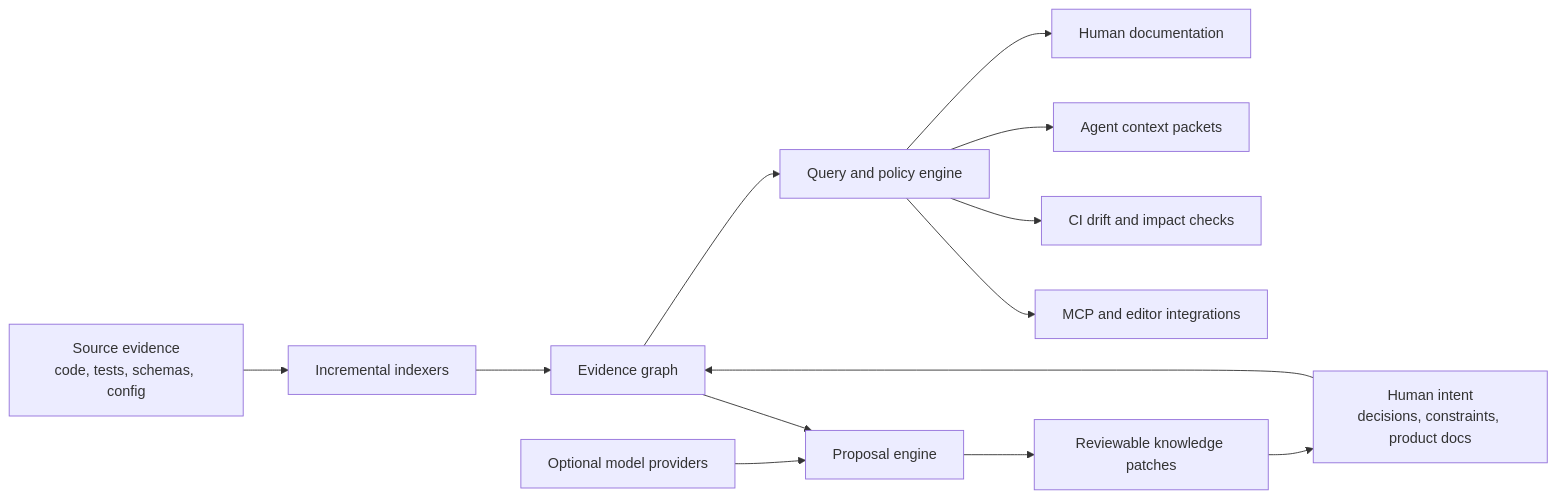
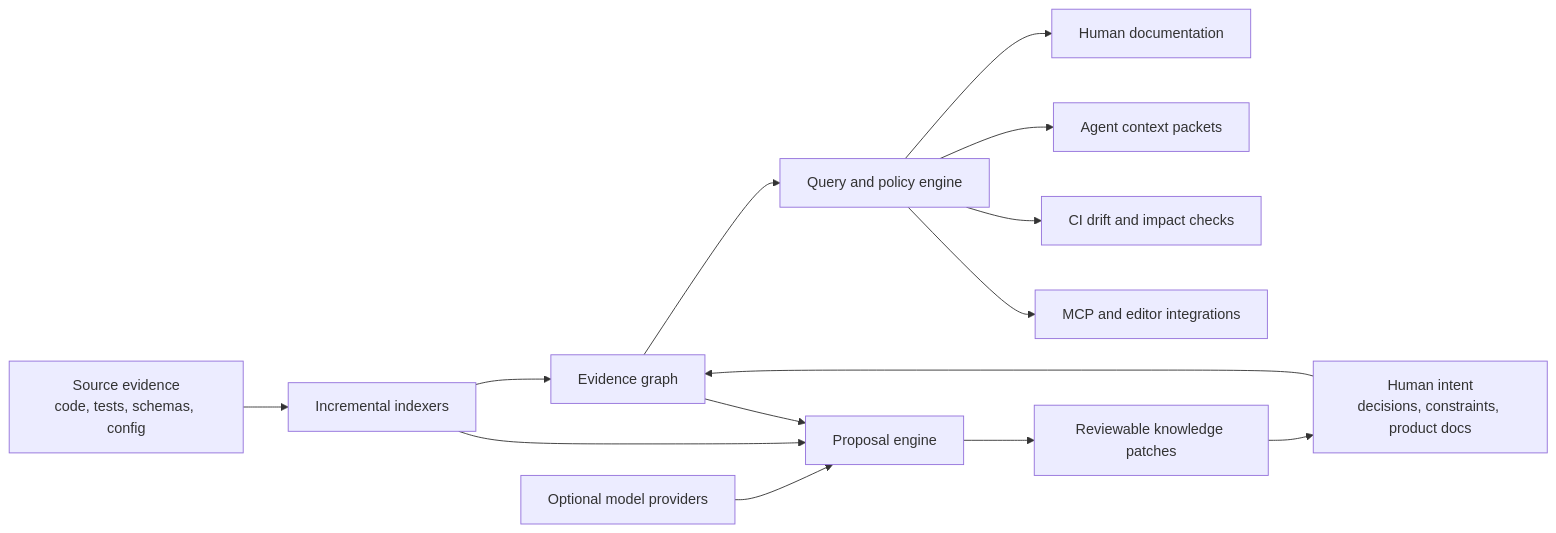
Before and after one commit to boyeesu/ProDocs: the diagram in docs/ARCHITECTURE.md, drawn with Mermaid. The commit also changed other lines of this file and 42 other files, not shown here.

````diff
--- a/docs/ARCHITECTURE.md
+++ b/docs/ARCHITECTURE.md
@@ -5,15 +5,16 @@
 ```mermaid
 flowchart LR
   S["Source evidence<br/>code, tests, schemas, config"] --> I["Incremental indexers"]
   H["Human intent<br/>decisions, constraints, product docs"] --> G["Evidence graph"]
   I --> G
   G --> Q["Query and policy engine"]
   Q --> D["Human documentation"]
   Q --> A["Agent context packets"]
   Q --> C["CI drift and impact checks"]
   Q --> M["MCP and editor integrations"]
   L["Optional model providers"] --> P["Proposal engine"]
+  I --> P
   G --> P
   P --> R["Reviewable knowledge patches"]
   R --> H
 ```
````
